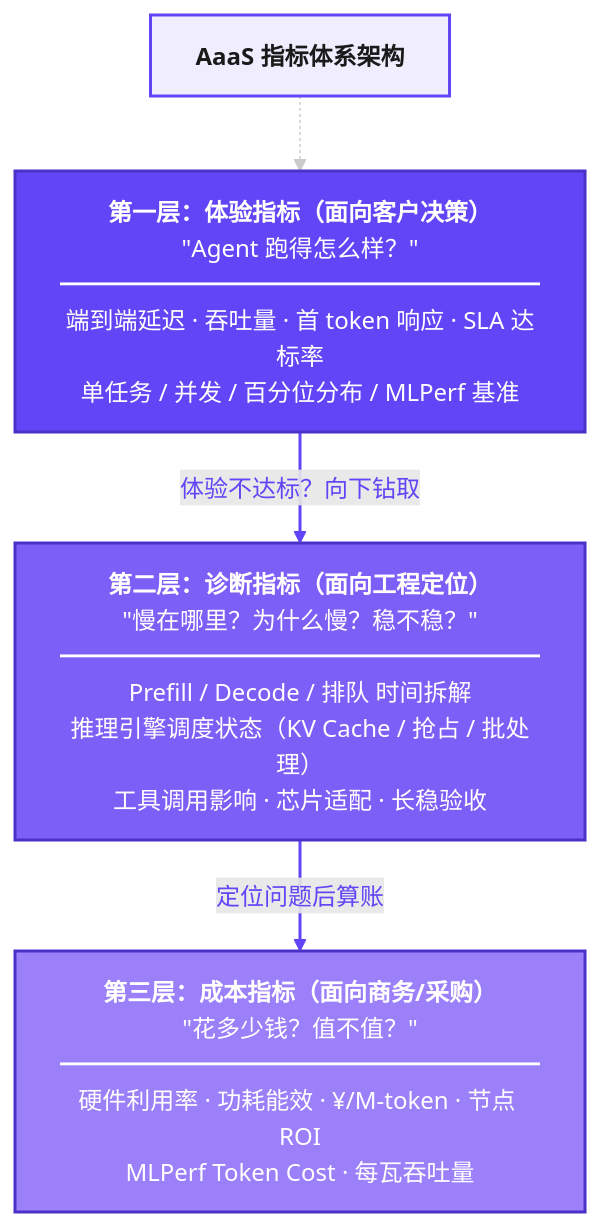
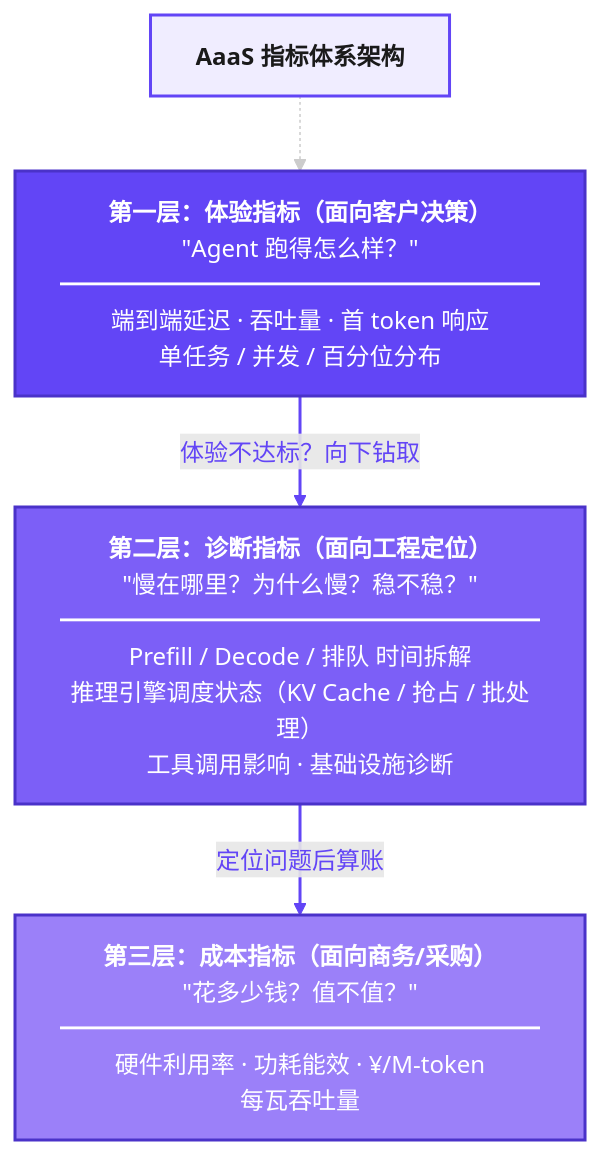
The second of 2 diagrams in AaaS 验证平台/AaaS指标报告模板.md (hanjoycai/42Vector-obsidian), drawn with Mermaid before and after one commit. The commit also changed other lines of this file and 2 other files, not shown here.

````diff
--- a/AaaS 验证平台/AaaS指标报告模板.md
+++ b/AaaS 验证平台/AaaS指标报告模板.md
@@ -123,22 +204,22 @@
 ```mermaid
 flowchart TB
     title["<b>AaaS 指标体系架构</b>"]
     style title fill:#f0edff,stroke:#6245f6,stroke-width:2px,color:#1a1a1a
 
-    L1["<b>第一层：体验指标（面向客户决策）</b><br/>&quot;Agent 跑得怎么样？&quot;<br/>━━━━━━━━━━━━━━━━━━━━<br/>端到端延迟 · 吞吐量 · 首 token 响应 · SLA 达标率<br/>单任务 / 并发 / 百分位分布 / MLPerf 基准"]
+    L1["<b>第一层：体验指标（面向客户决策）</b><br/>&quot;Agent 跑得怎么样？&quot;<br/>━━━━━━━━━━━━━━━━━━━━<br/>端到端延迟 · 吞吐量 · 首 token 响应<br/>单任务 / 并发 / 百分位分布"]
     style L1 fill:#6245f6,stroke:#4a32c9,stroke-width:2px,color:#ffffff
 
-    L2["<b>第二层：诊断指标（面向工程定位）</b><br/>&quot;慢在哪里？为什么慢？稳不稳？&quot;<br/>━━━━━━━━━━━━━━━━━━━━<br/>Prefill / Decode / 排队 时间拆解<br/>推理引擎调度状态（KV Cache / 抢占 / 批处理）<br/>工具调用影响 · 芯片适配 · 长稳验收"]
+    L2["<b>第二层：诊断指标（面向工程定位）</b><br/>&quot;慢在哪里？为什么慢？稳不稳？&quot;<br/>━━━━━━━━━━━━━━━━━━━━<br/>Prefill / Decode / 排队 时间拆解<br/>推理引擎调度状态（KV Cache / 抢占 / 批处理）<br/>工具调用影响 · 基础设施诊断"]
     style L2 fill:#7c5ff7,stroke:#4a32c9,stroke-width:2px,color:#ffffff
 
-    L3["<b>第三层：成本指标（面向商务/采购）</b><br/>&quot;花多少钱？值不值？&quot;<br/>━━━━━━━━━━━━━━━━━━━━<br/>硬件利用率 · 功耗能效 · ¥/M-token · 节点 ROI<br/>MLPerf Token Cost · 每瓦吞吐量"]
+    L3["<b>第三层：成本指标（面向商务/采购）</b><br/>&quot;花多少钱？值不值？&quot;<br/>━━━━━━━━━━━━━━━━━━━━<br/>硬件利用率 · 功耗能效 · ¥/M-token<br/>每瓦吞吐量"]
     style L3 fill:#9b80f9,stroke:#4a32c9,stroke-width:2px,color:#ffffff
 
     title -.-> L1
     L1 -->|"体验不达标？向下钻取"| L2
     L2 -->|"定位问题后算账"| L3
 
     linkStyle 0 stroke:#cccccc,stroke-width:1px
     linkStyle 1 stroke:#6245f6,stroke-width:2px,color:#6245f6
     linkStyle 2 stroke:#6245f6,stroke-width:2px,color:#6245f6
 ```
````
